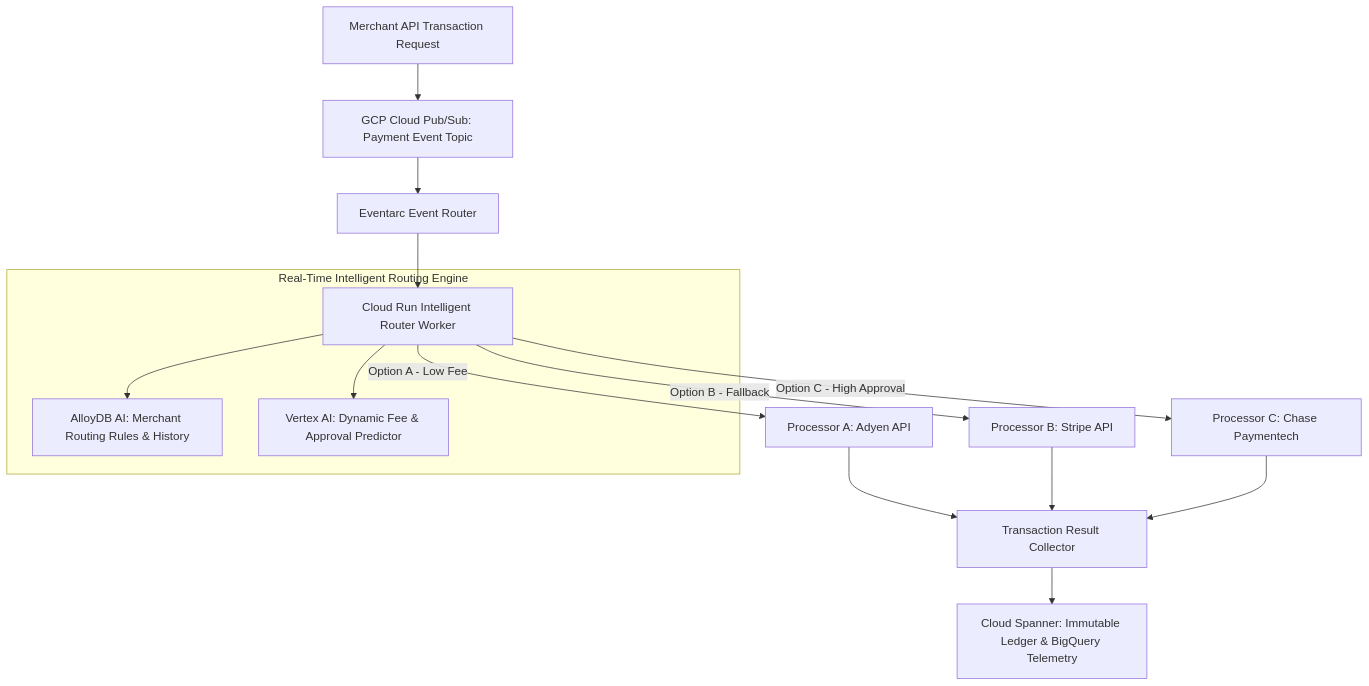
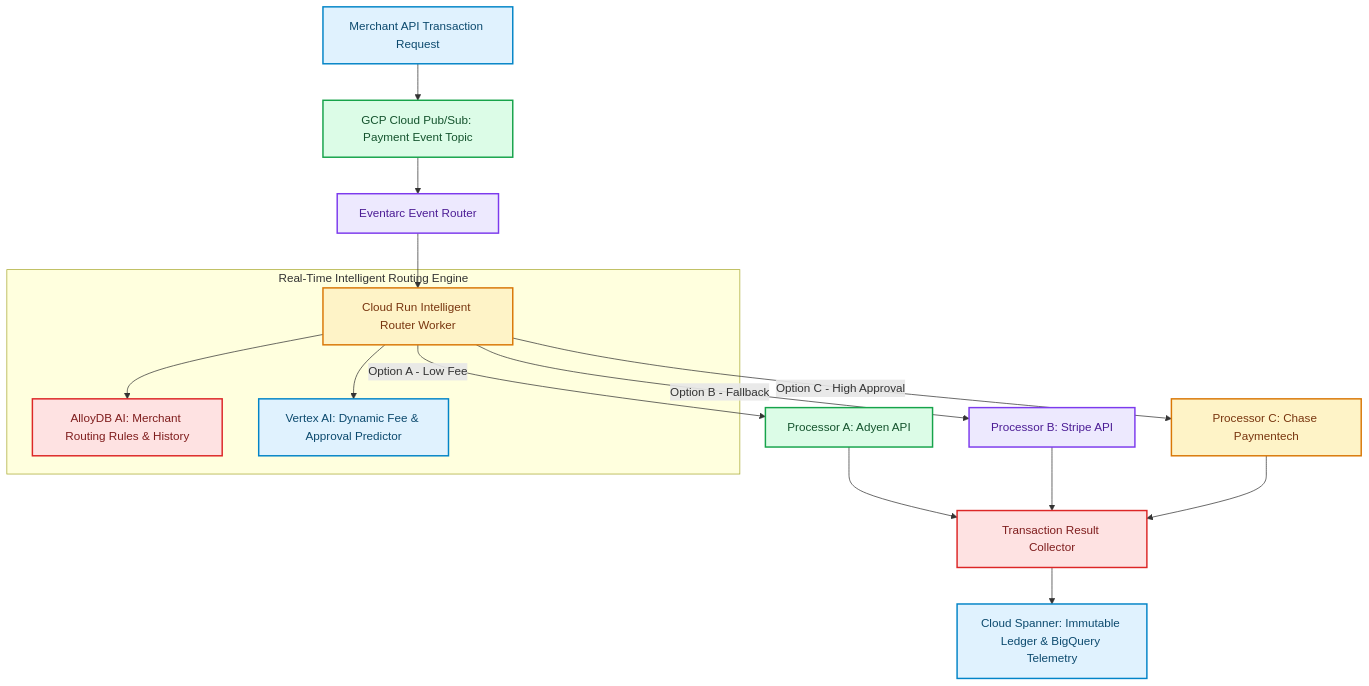
Before and after one commit to akmalkhaniub/akmalkhaniub.github.io: the diagram in blog/posts/case-study-fintech-payment-routing-agentic-engine.md, drawn with Mermaid. The commit also changed other lines of this file and 1291 other files, not shown here.

First line of the commit message:
feat(catalog): unique covers, scholarly references, and diagram palettes

````diff
--- a/blog/posts/case-study-fintech-payment-routing-agentic-engine.md
+++ b/blog/posts/case-study-fintech-payment-routing-agentic-engine.md
@@ -41,20 +41,31 @@
 ```mermaid
 flowchart TD
-  A[Merchant API Transaction Request] --> B[GCP Cloud Pub/Sub: Payment Event Topic]
-  B --> C[Eventarc Event Router]
-  C --> D[Cloud Run Intelligent Router Worker]
+  A["Merchant API Transaction Request"] --> B["GCP Cloud Pub/Sub: Payment Event Topic"]
+  B --> C["Eventarc Event Router"]
+  C --> D["Cloud Run Intelligent Router Worker"]
   
   subgraph SG1_RealTimeIntelligent ["Real-Time Intelligent Routing Engine"]
-    D --> E[AlloyDB AI: Merchant Routing Rules & History]
-    D --> F[Vertex AI: Dynamic Fee & Approval Predictor]
+    D --> E["AlloyDB AI: Merchant Routing Rules & History"]
+    D --> F["Vertex AI: Dynamic Fee & Approval Predictor"]
   end
   
-  D -->|Option A - Low Fee| G[Processor A: Adyen API]
-  D -->|Option B - Fallback| H[Processor B: Stripe API]
-  D -->|Option C - High Approval| I[Processor C: Chase Paymentech]
+  D -->|Option A - Low Fee| G["Processor A: Adyen API"]
+  D -->|Option B - Fallback| H["Processor B: Stripe API"]
+  D -->|Option C - High Approval| I["Processor C: Chase Paymentech"]
   
-  G --> J[Transaction Result Collector]
+  G --> J["Transaction Result Collector"]
   H --> J
   I --> J
-  J --> K[Cloud Spanner: Immutable Ledger & BigQuery Telemetry]
+  J --> K["Cloud Spanner: Immutable Ledger & BigQuery Telemetry"]
+
+classDef green fill:#dcfce7,stroke:#16a34a,stroke-width:2px,color:#14532d;
+classDef red fill:#fee2e2,stroke:#dc2626,stroke-width:2px,color:#7f1d1d;
+classDef blue fill:#e0f2fe,stroke:#0284c7,stroke-width:2px,color:#0c4a6e;
+classDef yellow fill:#fef3c7,stroke:#d97706,stroke-width:2px,color:#78350f;
+classDef purple fill:#ede9fe,stroke:#7c3aed,stroke-width:2px,color:#4c1d95;
+class A,F,K blue
+class B,G green
+class C,H purple
+class D,I yellow
+class E,J red
 ```
````
